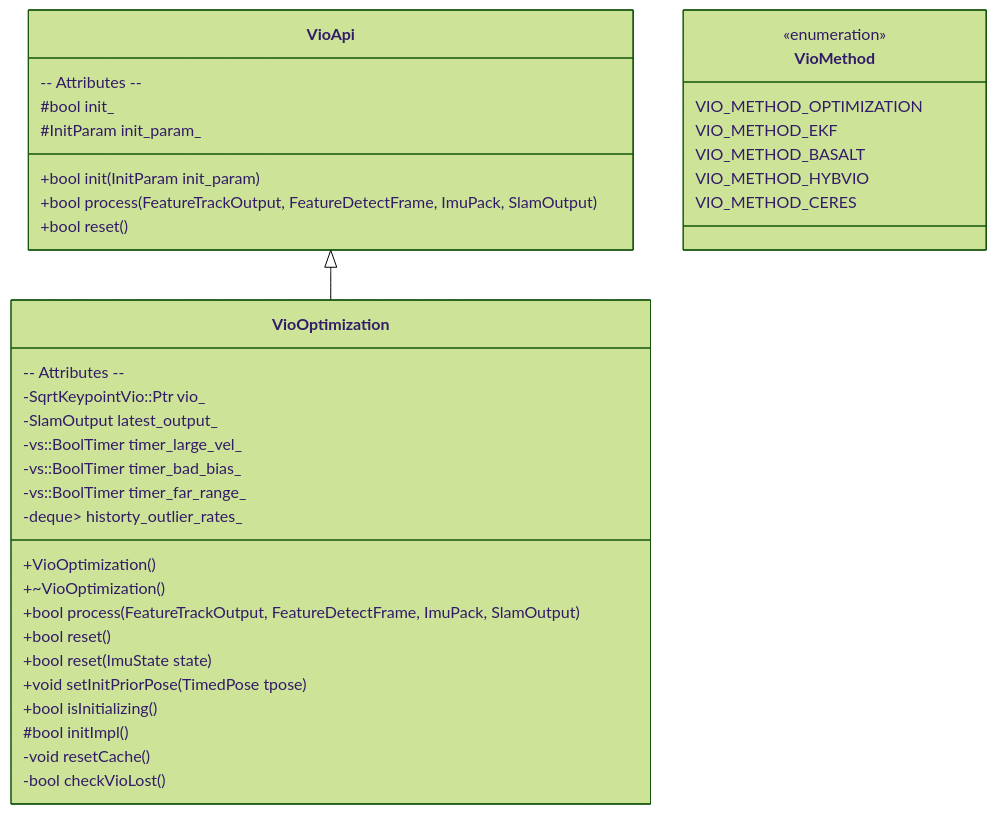
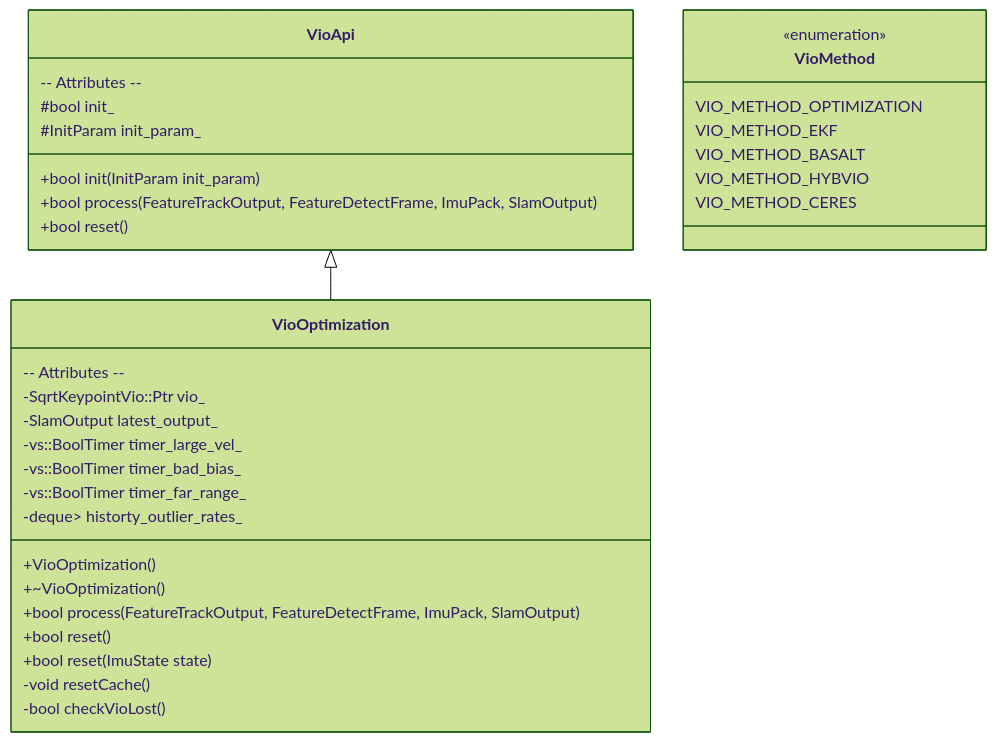
The diagram in all/未命名-2.md (huzixuan1/iodraw-files), drawn with Mermaid (forest theme) before and after one commit.

Commit message:
2025-04-16 20:46:12 update

````diff
--- a/all/未命名-2.md
+++ b/all/未命名-2.md
@@ -1,46 +1,43 @@
 ```mermaid
 classDiagram
 %% 命名空间 xr
 
 class VioApi {
   +bool init(InitParam init_param)
   +bool process(FeatureTrackOutput, FeatureDetectFrame, ImuPack, SlamOutput)
   +bool reset()
-
   -- Attributes --
   #bool init_
   #InitParam init_param_
 }
 
 class VioOptimization {
   +VioOptimization()
   +~VioOptimization()
   +bool process(FeatureTrackOutput, FeatureDetectFrame, ImuPack, SlamOutput)
   +bool reset()
   +bool reset(ImuState state)
-  +void setInitPriorPose(TimedPose tpose)
-  +bool isInitializing()
-  #bool initImpl()
+
   -- Attributes --
   -SqrtKeypointVio::Ptr vio_
   -SlamOutput latest_output_
   -vs::BoolTimer timer_large_vel_
   -vs::BoolTimer timer_bad_bias_
   -vs::BoolTimer timer_far_range_
   -deque<pair<Tsec, float>> historty_outlier_rates_
   -void resetCache()
   -bool checkVioLost()
 }
 
 class VioMethod {
   <<enumeration>>
   VIO_METHOD_OPTIMIZATION
   VIO_METHOD_EKF
   VIO_METHOD_BASALT
   VIO_METHOD_HYBVIO
   VIO_METHOD_CERES
 }
 
 VioApi <|-- VioOptimization
 
 ```
````
